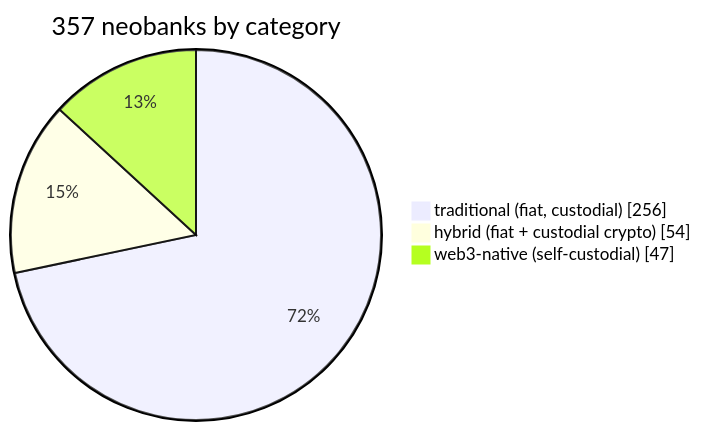
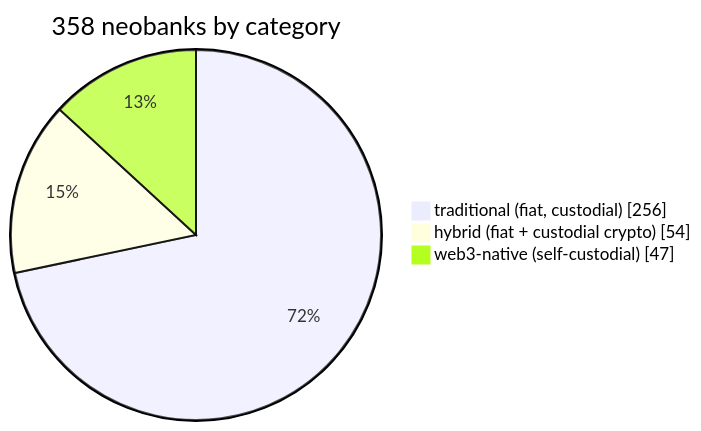
One commit to andreolf/neobankbeat changed the first of 3 diagrams in README.md. Above: the diagram before and after it, drawn with Mermaid. The commit also changed other lines of this file and 437 other files, not shown here.

````diff
--- a/README.md
+++ b/README.md
@@ -41,6 +41,6 @@
 ```mermaid
-pie showData title 357 neobanks by category
+pie showData title 358 neobanks by category
     "traditional (fiat, custodial)" : 256
     "hybrid (fiat + custodial crypto)" : 54
     "web3-native (self-custodial)" : 47
 ```
````
